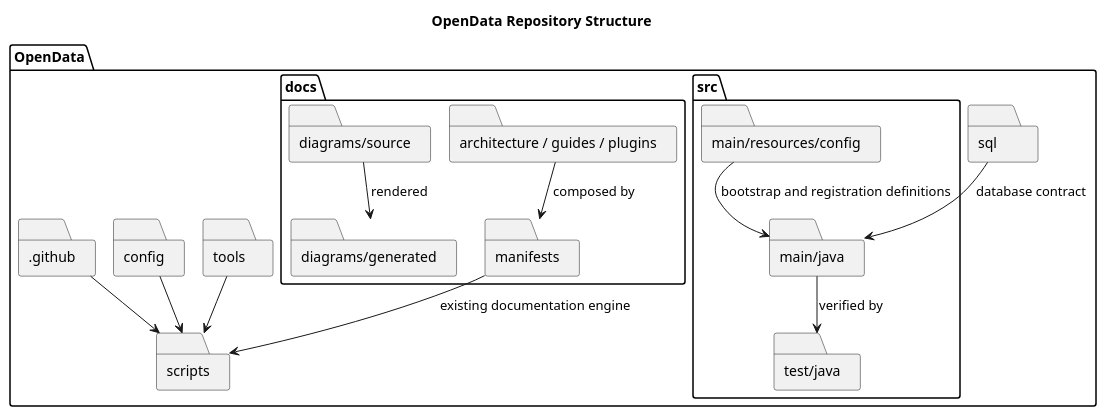
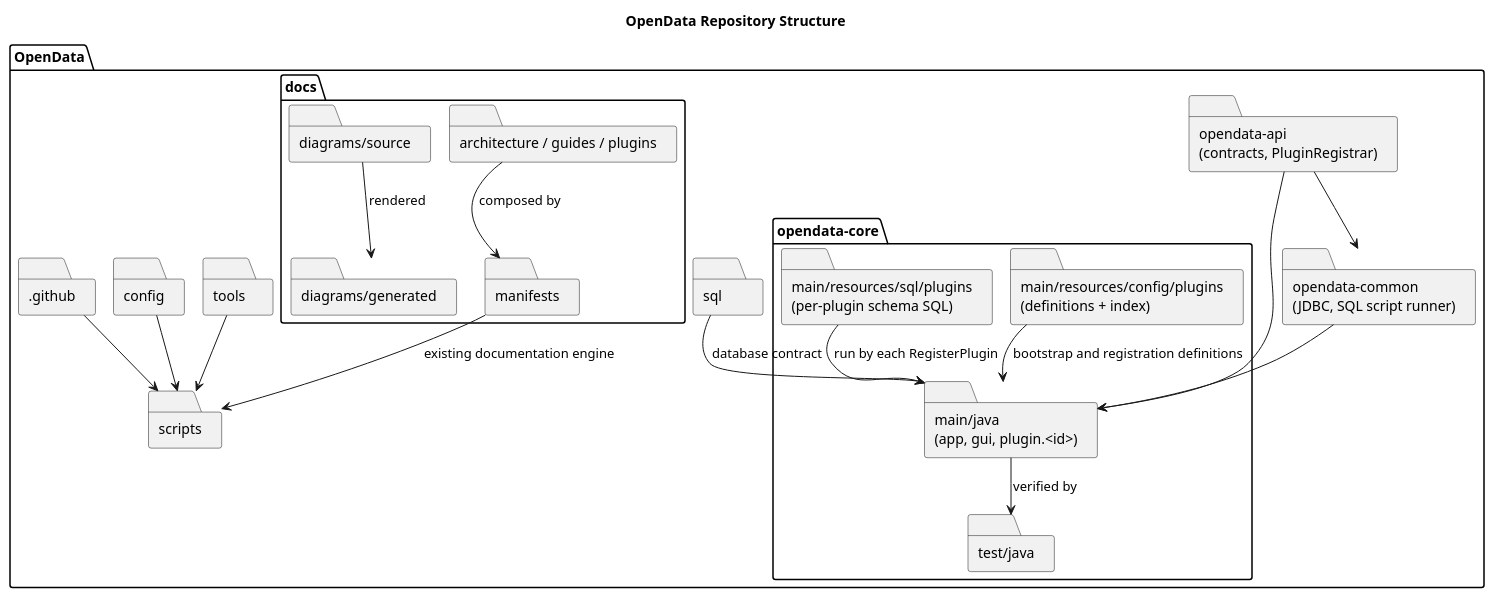
Before and after one commit to TerryCurranZellis/OpenData: the diagram in docs/diagrams/source/repository-structure.puml, drawn with PlantUML. The commit also changed 58 other files, not shown here.

Commit message:
Update documentation and puml diagrams, add generated SVGs

```diff
--- a/docs/diagrams/source/repository-structure.puml
+++ b/docs/diagrams/source/repository-structure.puml
@@ -1,35 +1,42 @@
 @startuml
 !pragma layout smetana
 title OpenData Repository Structure
 skinparam shadowing false
 skinparam packageStyle rectangle
 
 folder "OpenData" {
-  folder "src" {
-    folder "main/java" as MainJava
-    folder "main/resources/config" as Resources
+  folder "opendata-api\n(contracts, PluginRegistrar)" as Api
+  folder "opendata-common\n(JDBC, SQL script runner)" as Common
+  folder "opendata-core" {
+    folder "main/java\n(app, gui, plugin.<id>)" as MainJava
+    folder "main/resources/config/plugins\n(definitions + index)" as Resources
+    folder "main/resources/sql/plugins\n(per-plugin schema SQL)" as PluginSql
     folder "test/java" as Tests
   }
   folder "sql" as Sql
   folder "docs" {
     folder "architecture / guides / plugins" as Markdown
     folder "diagrams/source" as Puml
     folder "diagrams/generated" as Svg
     folder "manifests" as Manifests
   }
   folder "config" as Config
   folder "scripts" as Scripts
   folder ".github" as Github
   folder "tools" as Tools
 }
 
+Api --> Common
+Common --> MainJava
+Api --> MainJava
 MainJava --> Tests : verified by
+PluginSql --> MainJava : run by each RegisterPlugin
 Resources --> MainJava : bootstrap and registration definitions
 Sql --> MainJava : database contract
 Puml --> Svg : rendered
 Markdown --> Manifests : composed by
 Manifests --> Scripts : existing documentation engine
 Config --> Scripts
 Github --> Scripts
 Tools --> Scripts
 @enduml
```
